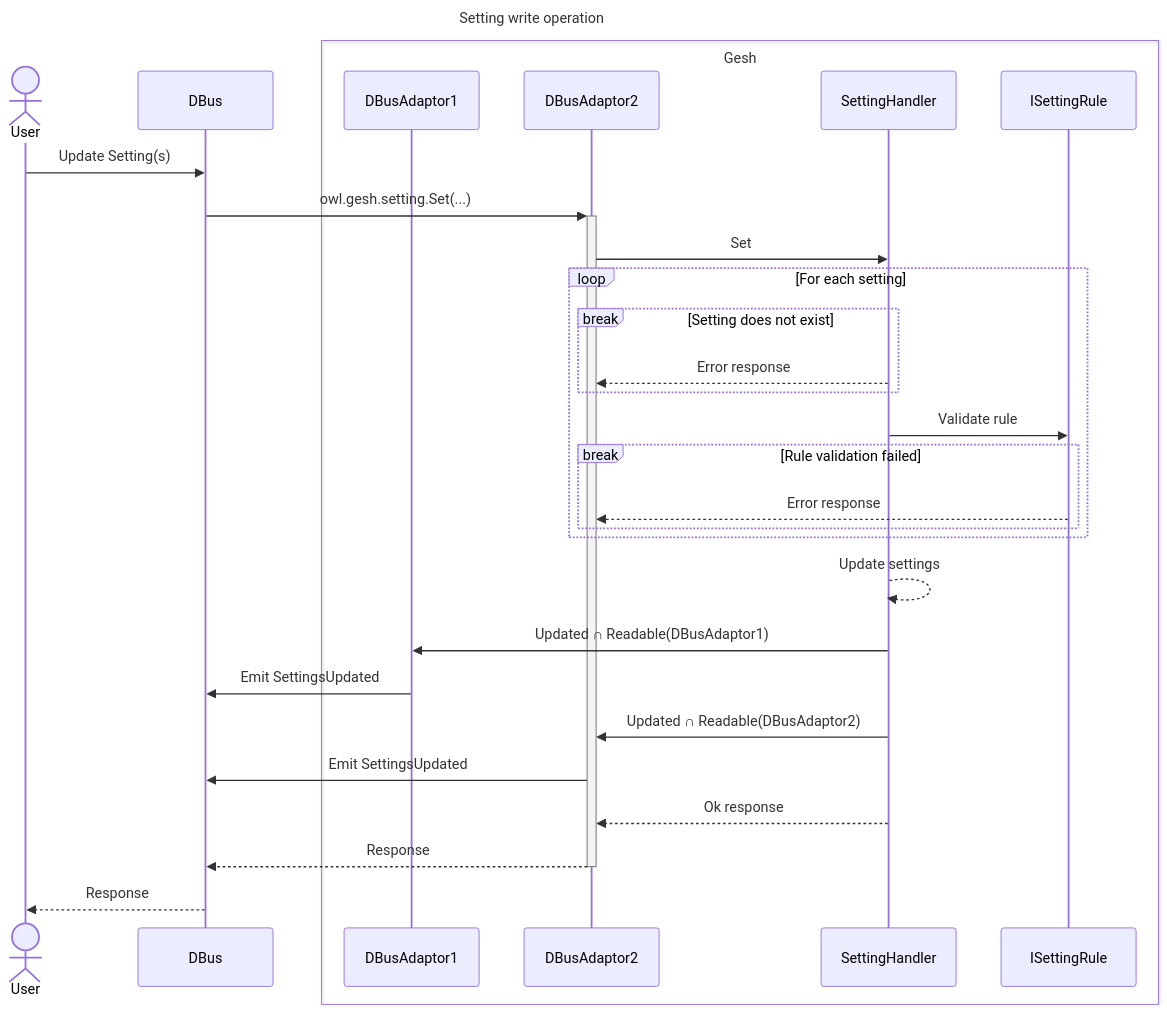
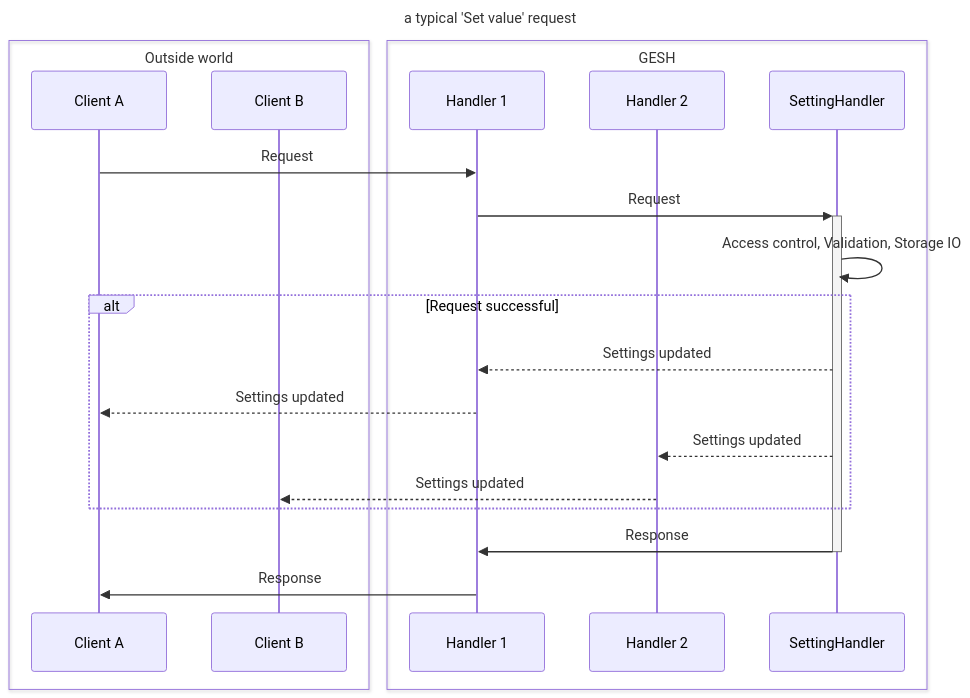
One commit to MandusBorjesson/gesh changed the diagram in README.md. Above: the diagram before and after it, drawn with Mermaid. The commit also changed other lines of this file and 20 other files, not shown here.

````diff
--- a/README.md
+++ b/README.md
@@ -43,37 +13,30 @@
 ```mermaid
 ---
-title: Setting write operation
+title: a typical 'Set value' request
 ---
-sequenceDiagram
-    actor User
-    participant DBus
-    box Gesh
-        participant DBusAdaptor1
-        participant DBusAdaptor2
-        participant SettingHandler
-        participant ISettingRule
+    sequenceDiagram
+    box Outside world
+    participant Client A
+    participant Client B
     end
-    User->>DBus: Update Setting(s)
-    DBus->>+DBusAdaptor2: owl.gesh.setting.Set(...)
-    DBusAdaptor2->>SettingHandler: Set
-    loop For each setting
-        break Setting does not exist
-            SettingHandler-->>DBusAdaptor2: Error response
-        end
-        SettingHandler->>ISettingRule: Validate rule
-        break Rule validation failed
-            ISettingRule-->>DBusAdaptor2: Error response
-        end
+
+    box GESH
+    participant Handler 1
+    participant Handler 2
+    participant SettingHandler
     end
-    SettingHandler-->>SettingHandler: Update settings
 
-    SettingHandler->>DBusAdaptor1: Updated ∩ Readable(DBusAdaptor1)
-    DBusAdaptor1->>DBus: Emit SettingsUpdated
+    Client A->>Handler 1: Request
+    Handler 1->>+SettingHandler: Request
+    SettingHandler->>SettingHandler: Access control, Validation, Storage IO
 
-    SettingHandler->>DBusAdaptor2: Updated ∩ Readable(DBusAdaptor2)
-    DBusAdaptor2->>DBus: Emit SettingsUpdated
+    alt Request successful
+    SettingHandler-->>Handler 1: Settings updated
+    Handler 1-->>Client A: Settings updated
+    SettingHandler-->>Handler 2: Settings updated
+    Handler 2-->>Client B: Settings updated
+    end
 
-    SettingHandler-->>DBusAdaptor2: Ok response
-    DBusAdaptor2-->>-DBus: Response
-    DBus-->>User: Response
+    SettingHandler->>-Handler 1: Response
+    Handler 1->>Client A: Response
 ```
````
